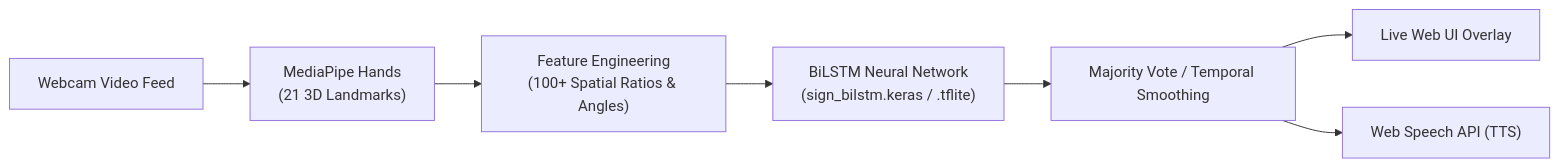
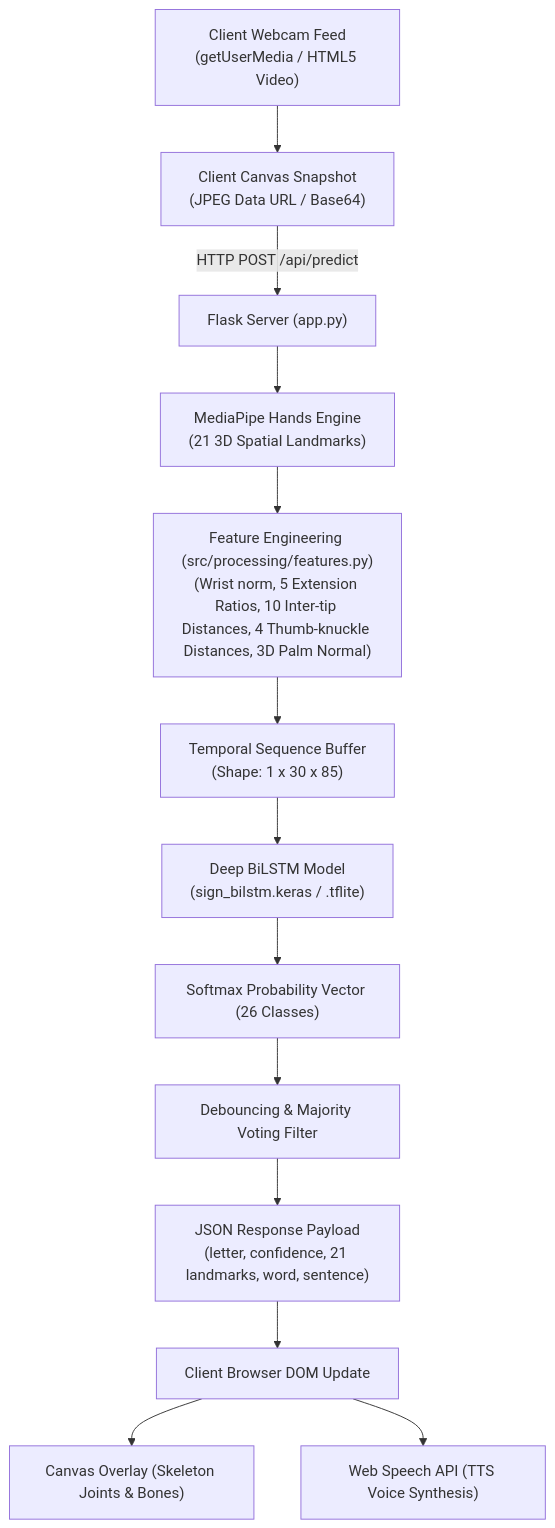
Before and after one commit to Jayasurya786/Sign_Lang: the diagram in README.md, drawn with Mermaid. The commit also changed other lines of this file, not shown here.

Commit message:
docs: expand README with comprehensive technical guides, API specs, and ASL reference

````diff
--- a/README.md
+++ b/README.md
@@ -75,9 +79,15 @@
 ```mermaid
-flowchart LR
-    A["Webcam Video Feed"] --> B["MediaPipe Hands<br/>(21 3D Landmarks)"]
-    B --> C["Feature Engineering<br/>(100+ Spatial Ratios & Angles)"]
-    C --> D["BiLSTM Neural Network<br/>(sign_bilstm.keras / .tflite)"]
-    D --> E["Majority Vote / Temporal Smoothing"]
-    E --> F["Live Web UI Overlay"]
-    E --> G["Web Speech API (TTS)"]
+flowchart TD
+    A["Client Webcam Feed<br/>(getUserMedia / HTML5 Video)"] --> B["Client Canvas Snapshot<br/>(JPEG Data URL / Base64)"]
+    B -->|"HTTP POST /api/predict"| C["Flask Server (app.py)"]
+    C --> D["MediaPipe Hands Engine<br/>(21 3D Spatial Landmarks)"]
+    D --> E["Feature Engineering (src/processing/features.py)<br/>(Wrist norm, 5 Extension Ratios, 10 Inter-tip Distances, 4 Thumb-knuckle Distances, 3D Palm Normal)"]
+    E --> F["Temporal Sequence Buffer<br/>(Shape: 1 x 30 x 85)"]
+    F --> G["Deep BiLSTM Model<br/>(sign_bilstm.keras / .tflite)"]
+    G --> H["Softmax Probability Vector (26 Classes)"]
+    H --> I["Debouncing & Majority Voting Filter"]
+    I --> J["JSON Response Payload<br/>(letter, confidence, 21 landmarks, word, sentence)"]
+    J --> K["Client Browser DOM Update"]
+    K --> L["Canvas Overlay (Skeleton Joints & Bones)"]
+    K --> M["Web Speech API (TTS Voice Synthesis)"]
 ```
````
